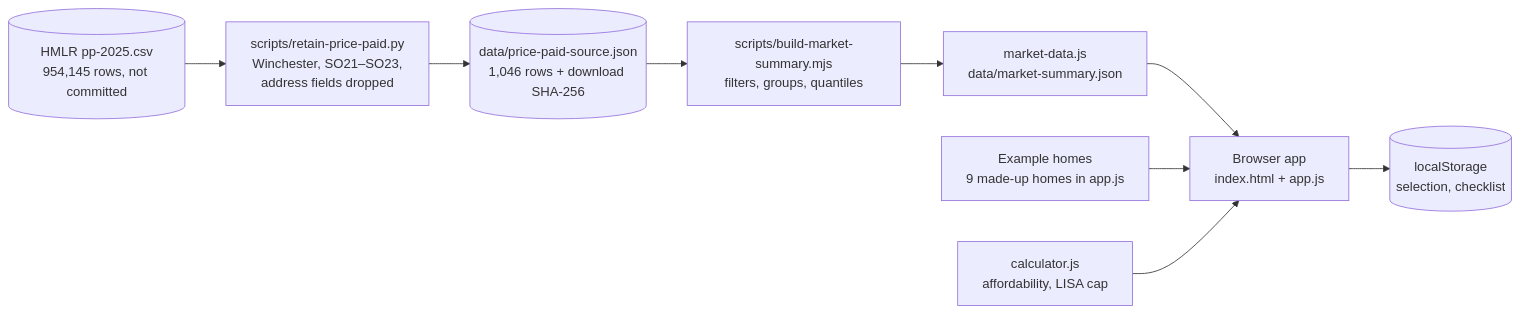
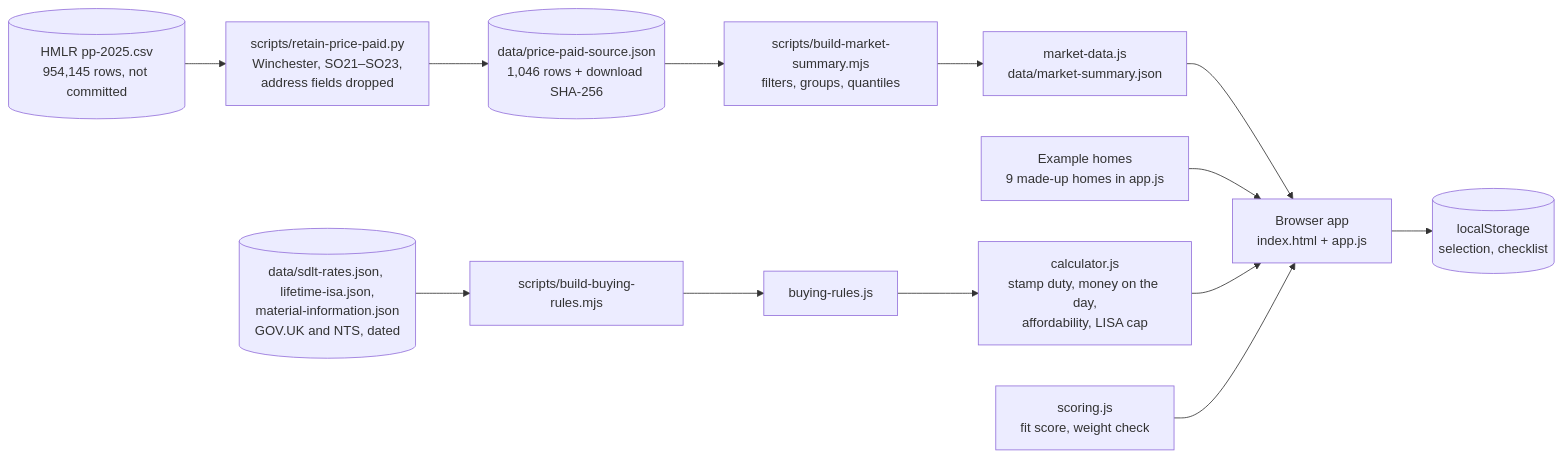
One commit to MatthewPaver/winchester-buyer-check changed the diagram in README.md. Above: the diagram before and after it, drawn with Mermaid. The commit also changed other lines of this file and 3 other files, not shown here.

First line of the commit message:
docs: add design contract and roadmap, update README

````diff
--- a/README.md
+++ b/README.md
@@ -46,11 +48,15 @@
 ```mermaid
 flowchart LR
     H[("HMLR pp-2025.csv<br/>954,145 rows, not committed")] --> R["scripts/retain-price-paid.py<br/>Winchester, SO21–SO23,<br/>address fields dropped"]
     R --> S[("data/price-paid-source.json<br/>1,046 rows + download SHA-256")]
     S --> B["scripts/build-market-summary.mjs<br/>filters, groups, quantiles"]
     B --> M["market-data.js<br/>data/market-summary.json"]
     M --> A["Browser app<br/>index.html + app.js"]
     F["Example homes<br/>9 made-up homes in app.js"] --> A
-    C["calculator.js<br/>affordability, LISA cap"] --> A
+    G[("data/sdlt-rates.json, lifetime-isa.json,<br/>material-information.json<br/>GOV.UK and NTS, dated")] --> J["scripts/build-buying-rules.mjs"]
+    J --> K["buying-rules.js"]
+    K --> C["calculator.js<br/>stamp duty, money on the day,<br/>affordability, LISA cap"]
+    C --> A
+    P["scoring.js<br/>fit score, weight check"] --> A
     A --> L[("localStorage<br/>selection, checklist")]
 ```
````
